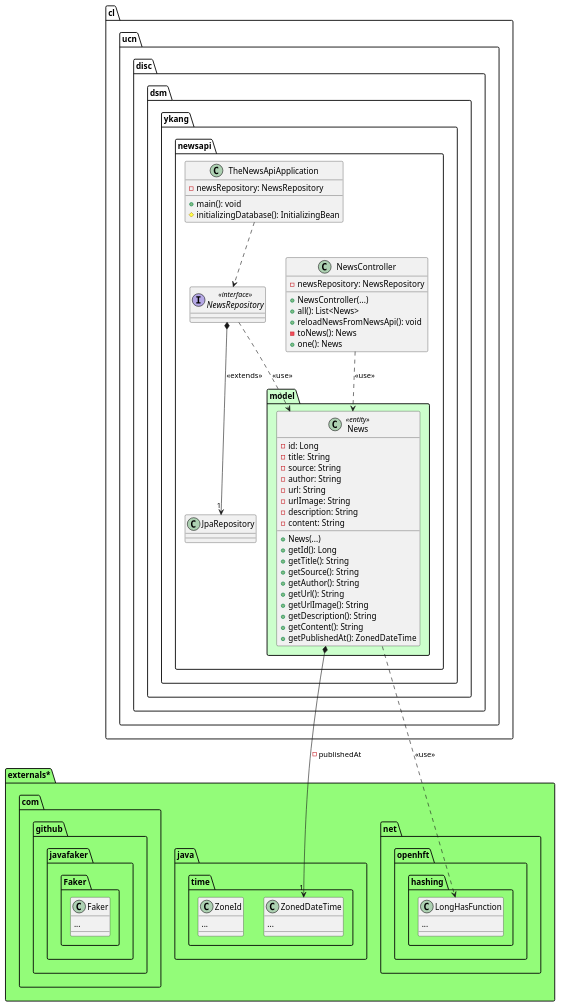
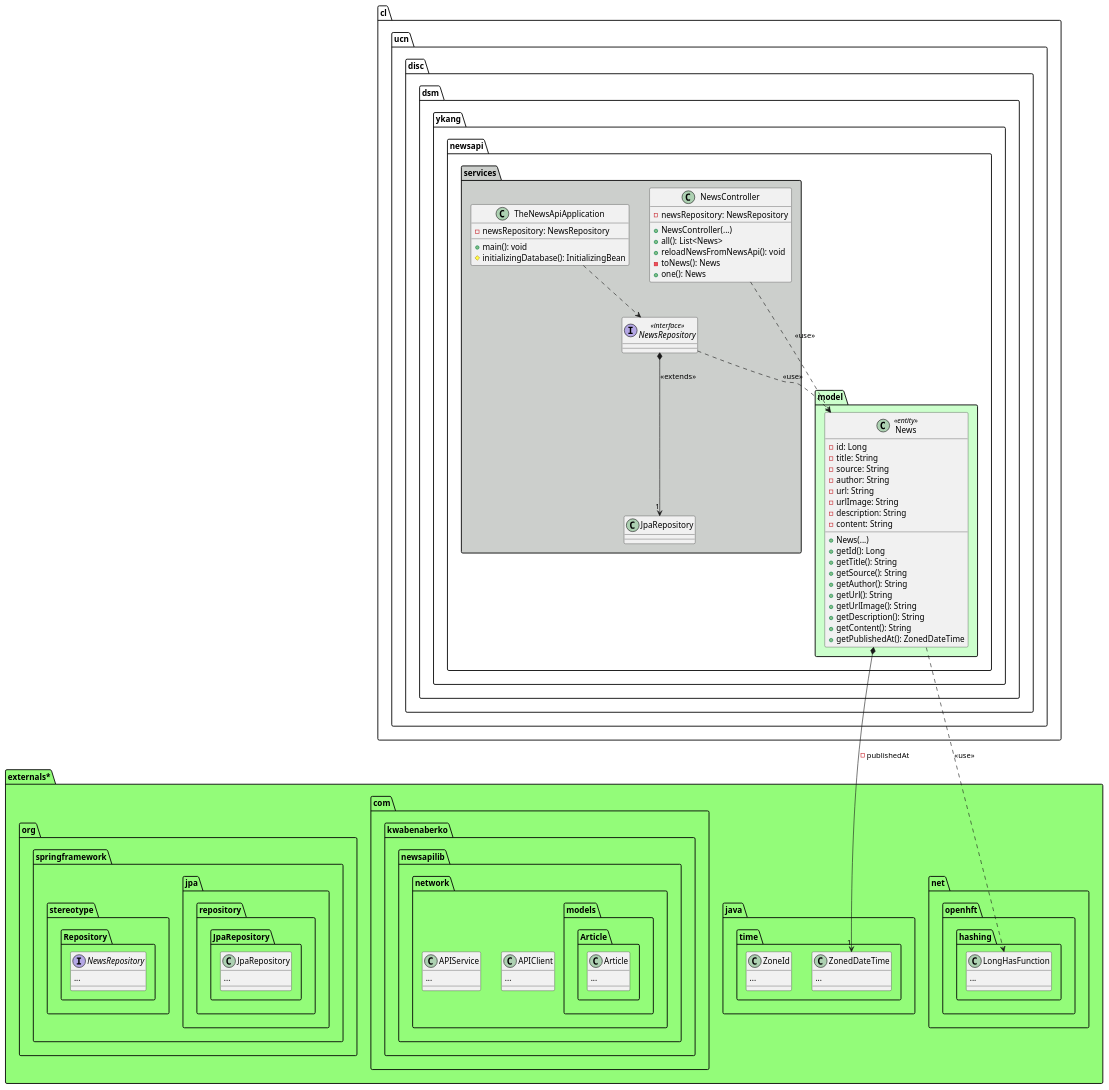
Before and after one commit to Youngmin-Kang/The_News_API: the diagram in README.md, drawn with PlantUML.

Commit message:
docs(README): change final design Class plantUML Diagram

```diff
--- a/README.md
+++ b/README.md
@@ -19,11 +19,32 @@
         class LongHasFunction{
             ...
         }
-    }    
-    package com.github.javafaker.Faker{
-    
-        class Faker{
+    }
+    package com.kwabenaberko.newsapilib.network{
+        class APIClient{
             ...
+        }
+        class APIService{
+            ...
+        }
+        package models.Article{
+            class Article{
+               ...
+            }
+        }        
+    }
+    package org.springframework{
+        package jpa.repository.JpaRepository{
+            class JpaRepository{
+               ...
+            }
+             
+        }
+        package stereotype.Repository{
+            interface NewsRepository{
+                ...
+            }
+             
         }
     }
 }
@@ -53,7 +74,7 @@
         News *--> "1" ZonedDateTime : - publishedAt
         News ..> LongHasFunction : <<use>>
    }
-   
+   package services #cccfccfc{
         interface NewsRepository <<interface>>{
         }
         NewsRepository ..> News : <<use>>
@@ -74,7 +95,7 @@
             #initializingDatabase(): InitializingBean
         }
         TheNewsApiApplication ..> NewsRepository
-       
+   }
   
    
 }
```
